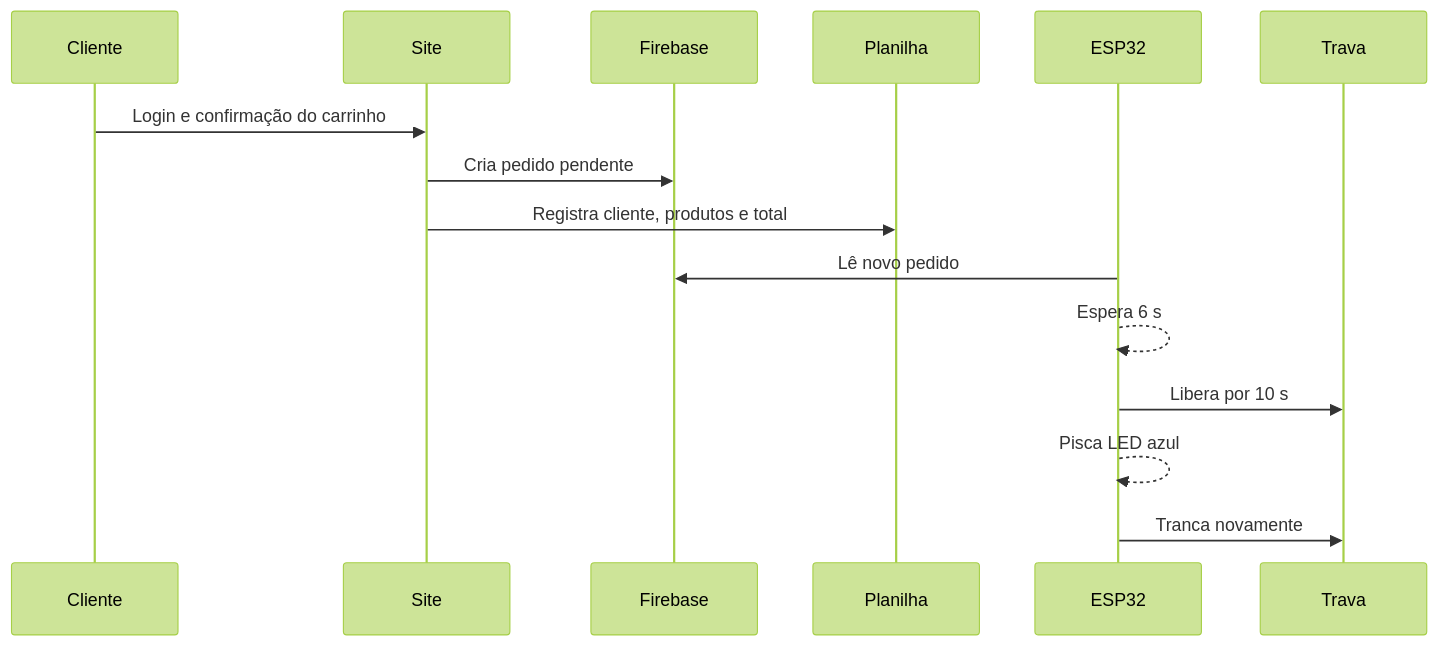
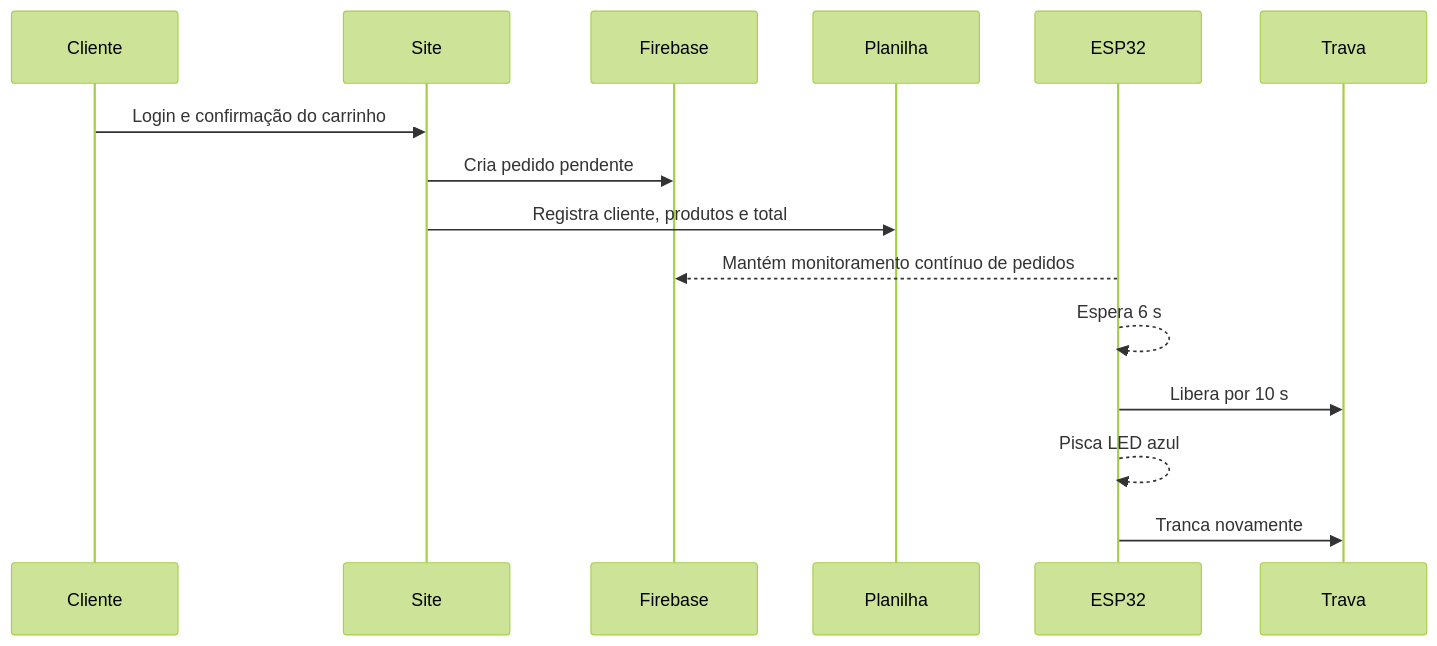
Before and after one commit to clube14bis/geladeira: the diagram in README.md, drawn with Mermaid (forest theme). The commit also changed other lines of this file, not shown here.

````diff
--- a/README.md
+++ b/README.md
@@ -25,17 +34,17 @@
 ```mermaid
 sequenceDiagram
   participant C as Cliente
   participant S as Site
   participant F as Firebase
   participant P as Planilha
   participant E as ESP32
   participant T as Trava
   C->>S: Login e confirmação do carrinho
   S->>F: Cria pedido pendente
   S->>P: Registra cliente, produtos e total
-  E->>F: Lê novo pedido
+  E-->>F: Mantém monitoramento contínuo de pedidos
   E-->>E: Espera 6 s
   E->>T: Libera por 10 s
   E-->>E: Pisca LED azul
   E->>T: Tranca novamente
 ```
````
